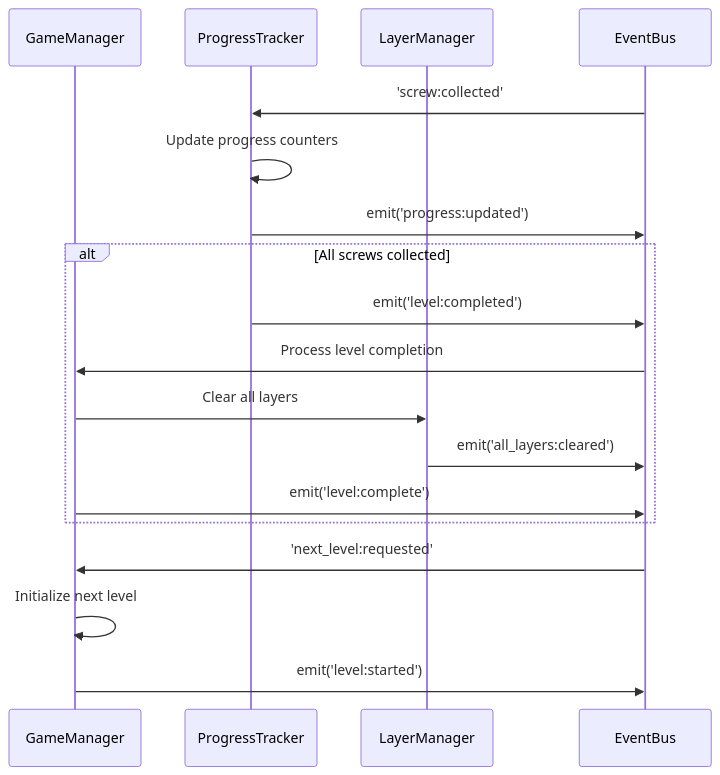
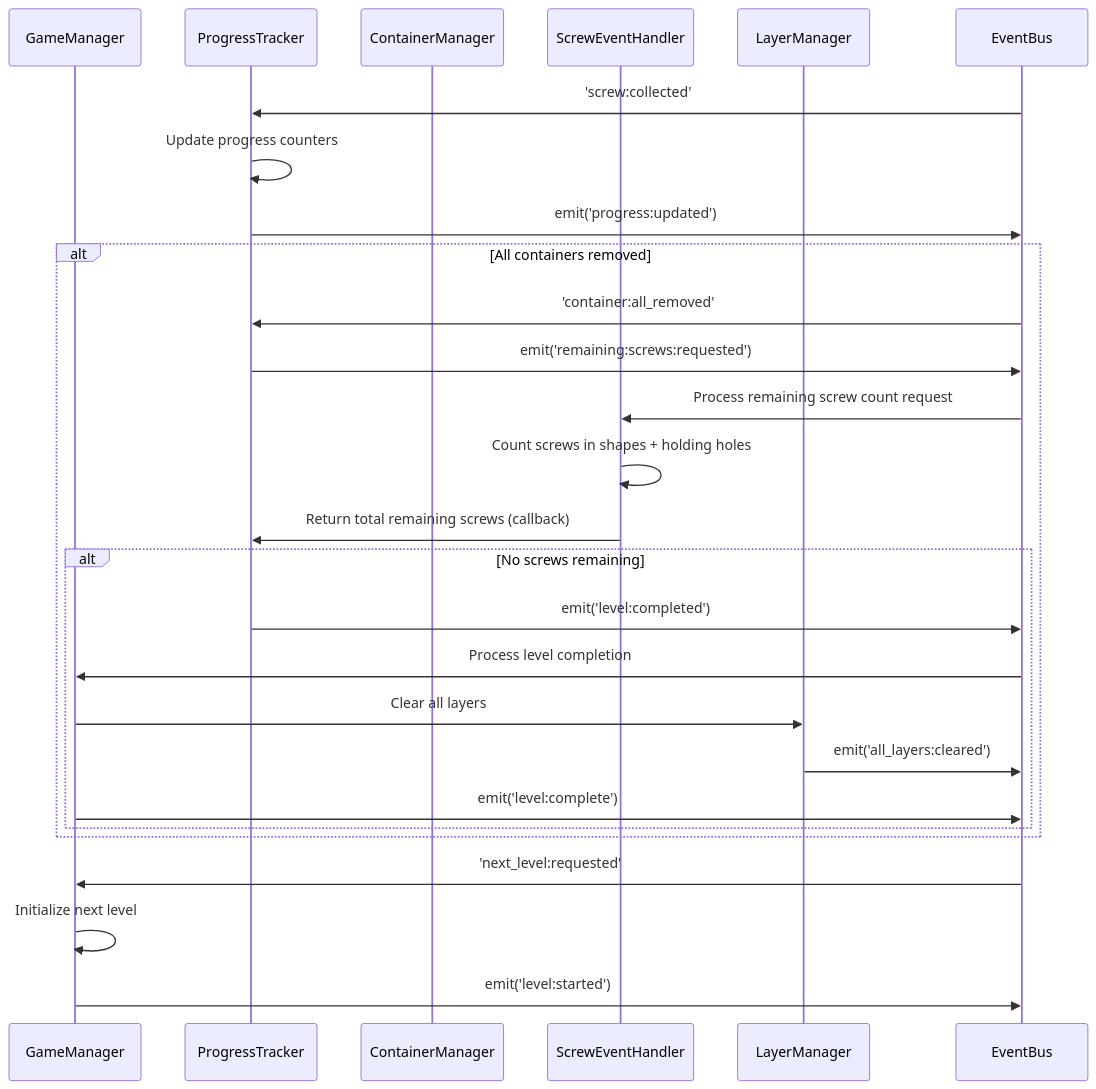
One commit to paulrobello/par-shape-2d changed the third of 5 diagrams in docs/game_event_flows.md. Above: the diagram before and after it, drawn with Mermaid. The commit also changed other lines of this file, not shown here.

First line of the commit message:
update game event flow docs for remaining screw counting

````diff
--- a/docs/game_event_flows.md
+++ b/docs/game_event_flows.md
@@ -162,23 +176,33 @@
 ```mermaid
 sequenceDiagram
     participant GM as GameManager
     participant PT as ProgressTracker
+    participant CM as ContainerManager
+    participant SEH as ScrewEventHandler
     participant LM as LayerManager
     participant EB as EventBus
 
     EB->>PT: 'screw:collected'
     PT->>PT: Update progress counters
     PT->>EB: emit('progress:updated')
     
-    alt All screws collected
-        PT->>EB: emit('level:completed')
-        EB->>GM: Process level completion
-        GM->>LM: Clear all layers
-        LM->>EB: emit('all_layers:cleared')
-        GM->>EB: emit('level:complete')
+    alt All containers removed
+        EB->>PT: 'container:all_removed'
+        PT->>EB: emit('remaining:screws:requested')
+        EB->>SEH: Process remaining screw count request
+        SEH->>SEH: Count screws in shapes + holding holes
+        SEH->>PT: Return total remaining screws (callback)
+        
+        alt No screws remaining
+            PT->>EB: emit('level:completed')
+            EB->>GM: Process level completion
+            GM->>LM: Clear all layers
+            LM->>EB: emit('all_layers:cleared')
+            GM->>EB: emit('level:complete')
+        end
     end
     
     EB->>GM: 'next_level:requested'
     GM->>GM: Initialize next level
     GM->>EB: emit('level:started')
 ```
````
